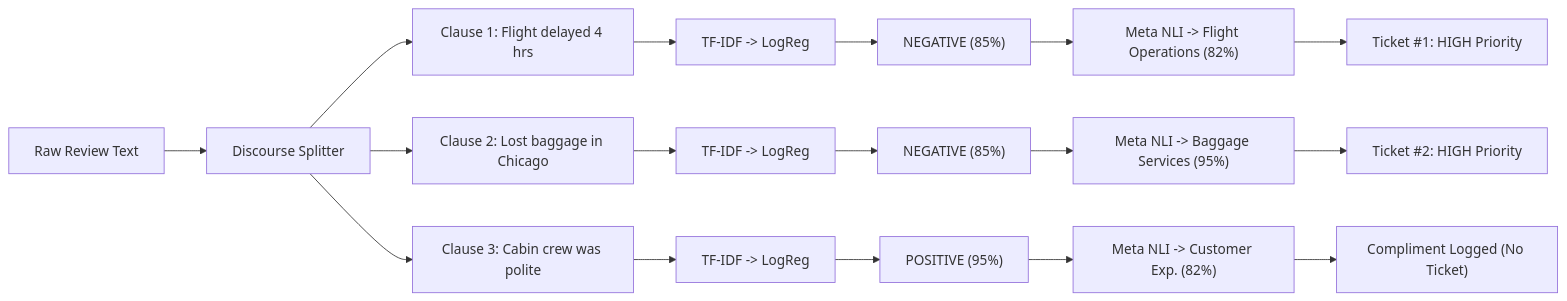
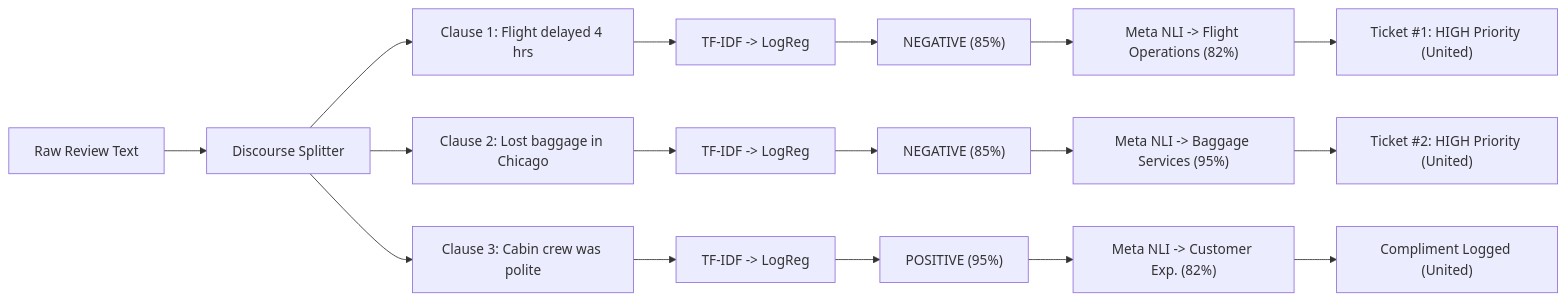
Before and after one commit to ndk123-web/airline-sentiment-router: the second of 2 diagrams in README.md, drawn with Mermaid. The commit also changed other lines of this file and 2 other files, not shown here.

Commit message:
feat: upgrade to multi-tenant enterprise architecture and add frontend application with ticket database

````diff
--- a/README.md
+++ b/README.md
@@ -95,24 +99,24 @@
 ```mermaid
 flowchart LR
     Review["Raw Review Text"] --> Splitter["Discourse Splitter"]
     
     Splitter --> C1["Clause 1: Flight delayed 4 hrs"]
     Splitter --> C2["Clause 2: Lost baggage in Chicago"]
     Splitter --> C3["Clause 3: Cabin crew was polite"]
     
     C1 --> V1["TF-IDF -> LogReg"]
     C2 --> V2["TF-IDF -> LogReg"]
     C3 --> V3["TF-IDF -> LogReg"]
     
     V1 --> S1["NEGATIVE (85%)"]
     V2 --> S2["NEGATIVE (85%)"]
     V3 --> S3["POSITIVE (95%)"]
     
     S1 --> NLI1["Meta NLI -> Flight Operations (82%)"]
     S2 --> NLI2["Meta NLI -> Baggage Services (95%)"]
     S3 --> NLI3["Meta NLI -> Customer Exp. (82%)"]
     
-    NLI1 --> T1["Ticket #1: HIGH Priority"]
-    NLI2 --> T2["Ticket #2: HIGH Priority"]
-    NLI3 --> T3["Compliment Logged (No Ticket)"]
+    NLI1 --> T1["Ticket #1: HIGH Priority (United)"]
+    NLI2 --> T2["Ticket #2: HIGH Priority (United)"]
+    NLI3 --> T3["Compliment Logged (United)"]
 ```
````
